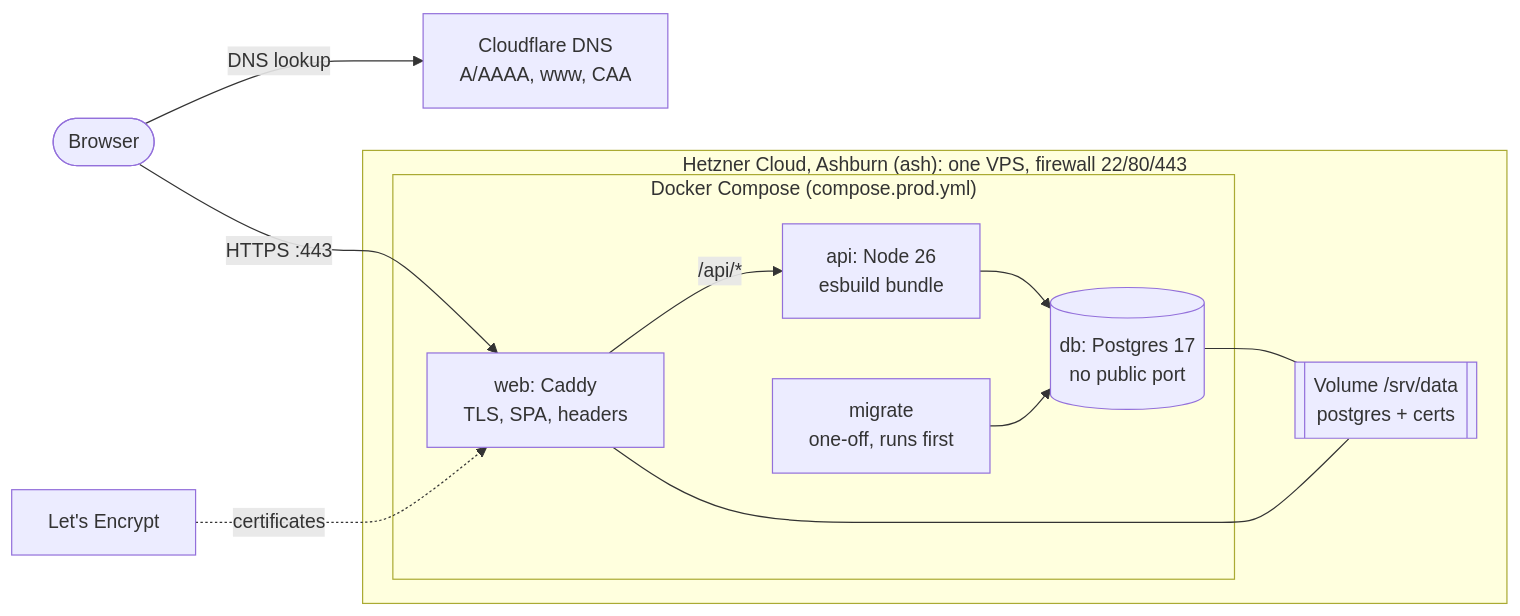
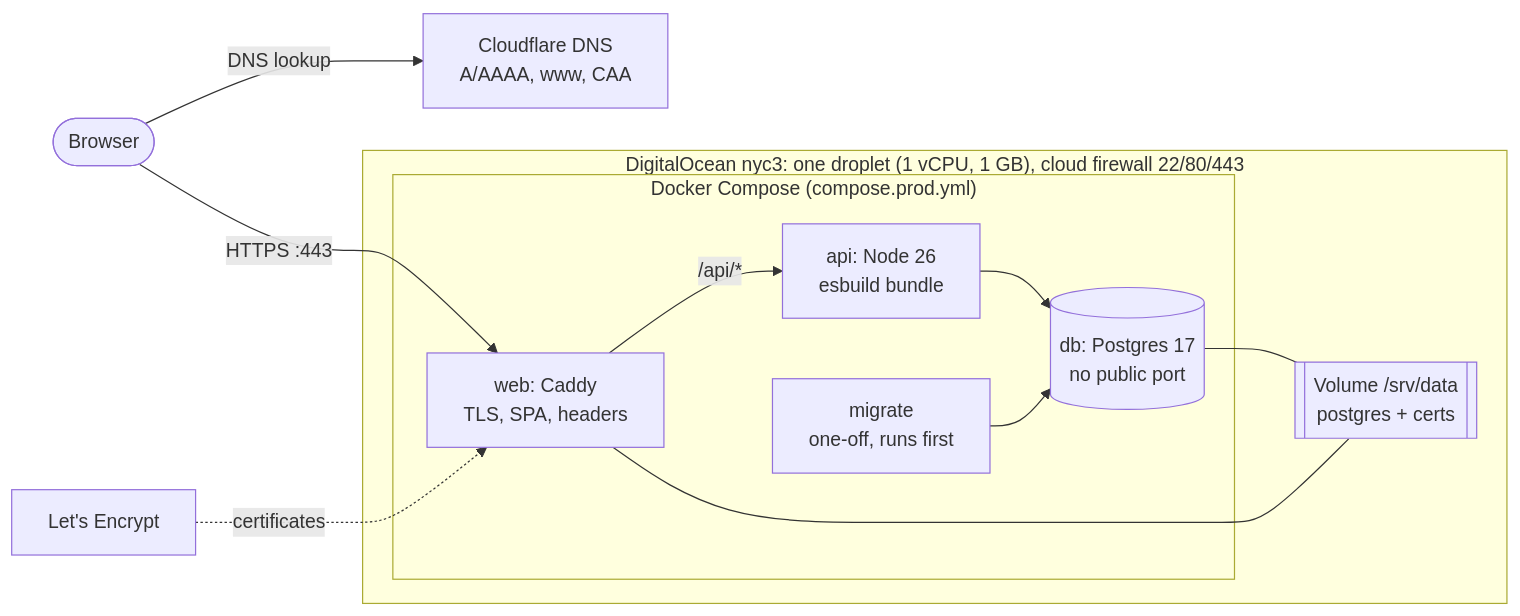
The fifth of 5 diagrams in docs/architecture.md (brianpatterson/interview-app), drawn with Mermaid before and after one commit. The commit also changed other lines of this file and 6 other files, not shown here.

````diff
--- a/docs/architecture.md
+++ b/docs/architecture.md
@@ -198,22 +198,22 @@
 ```mermaid
 flowchart LR
   user([Browser]) -->|DNS lookup| cf[Cloudflare DNS<br/>A/AAAA, www, CAA]
   user -->|HTTPS :443| caddy
 
-  subgraph hetzner["Hetzner Cloud, Ashburn (ash): one VPS, firewall 22/80/443"]
+  subgraph do["DigitalOcean nyc3: one droplet (1 vCPU, 1 GB), cloud firewall 22/80/443"]
     subgraph compose["Docker Compose (compose.prod.yml)"]
       caddy[web: Caddy<br/>TLS, SPA, headers]
       api[api: Node 26<br/>esbuild bundle]
       migrate[migrate<br/>one-off, runs first]
       db[(db: Postgres 17<br/>no public port)]
     end
     vol[[Volume /srv/data<br/>postgres + certs]]
   end
 
   caddy -->|/api/*| api
   api --> db
   migrate --> db
   db --- vol
   caddy --- vol
   le[Let's Encrypt] -.certificates.-> caddy
 ```
````
